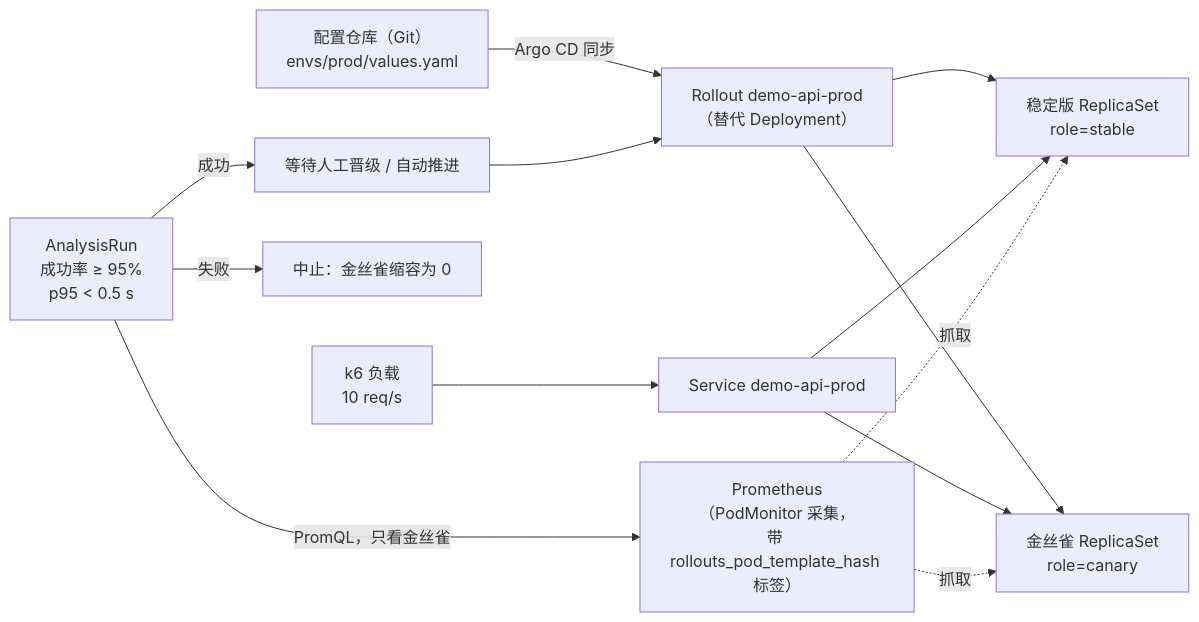
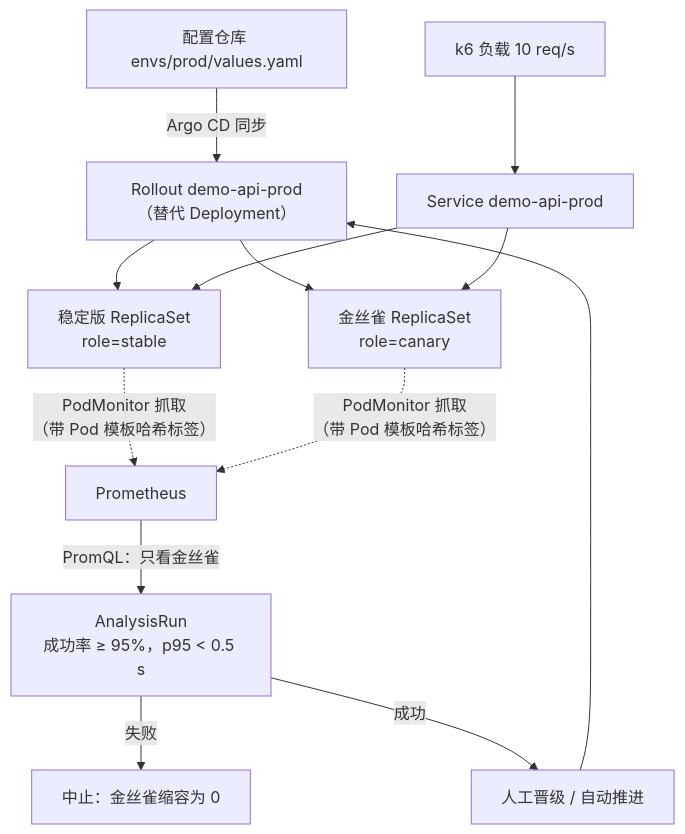
The diagram in manual/chapters/08-p6-progressive-delivery.md (miku-wwl/devops-delivery), drawn with Mermaid before and after one commit. The commit also changed other lines of this file and 28 other files, not shown here.

````diff
--- a/manual/chapters/08-p6-progressive-delivery.md
+++ b/manual/chapters/08-p6-progressive-delivery.md
@@ -40,13 +40,11 @@
 ```{.mermaid caption="本章的渐进式交付闭环"}
-flowchart LR
-  G["配置仓库（Git）<br/>envs/prod/values.yaml"] -->|Argo CD 同步| R["Rollout demo-api-prod<br/>（替代 Deployment）"]
-  R --> S["稳定版 ReplicaSet<br/>role=stable"]
-  R --> C["金丝雀 ReplicaSet<br/>role=canary"]
-  L["k6 负载<br/>10 req/s"] --> SVC["Service demo-api-prod"]
-  SVC --> S & C
-  P["Prometheus<br/>（PodMonitor 采集，<br/>带 rollouts_pod_template_hash 标签）"] -.抓取.-> S & C
-  A["AnalysisRun<br/>成功率 ≥ 95%<br/>p95 < 0.5 s"] -->|PromQL，只看金丝雀| P
+flowchart TB
+  G["配置仓库 envs/prod/values.yaml"] -->|Argo CD 同步| R["Rollout demo-api-prod（替代 Deployment）"]
+  R --> S["稳定版 ReplicaSet<br/>role=stable"] & C["金丝雀 ReplicaSet<br/>role=canary"]
+  L["k6 负载 10 req/s"] --> SVC["Service demo-api-prod"] --> S & C
+  S & C -. "PodMonitor 抓取<br/>（带 Pod 模板哈希标签）" .-> P["Prometheus"]
+  P -->|"PromQL：只看金丝雀"| A["AnalysisRun<br/>成功率 ≥ 95%，p95 < 0.5 s"]
   A -->|失败| X["中止：金丝雀缩容为 0"]
-  A -->|成功| H["等待人工晋级 / 自动推进"]
+  A -->|成功| H["人工晋级 / 自动推进"]
   H --> R
 ```
````
